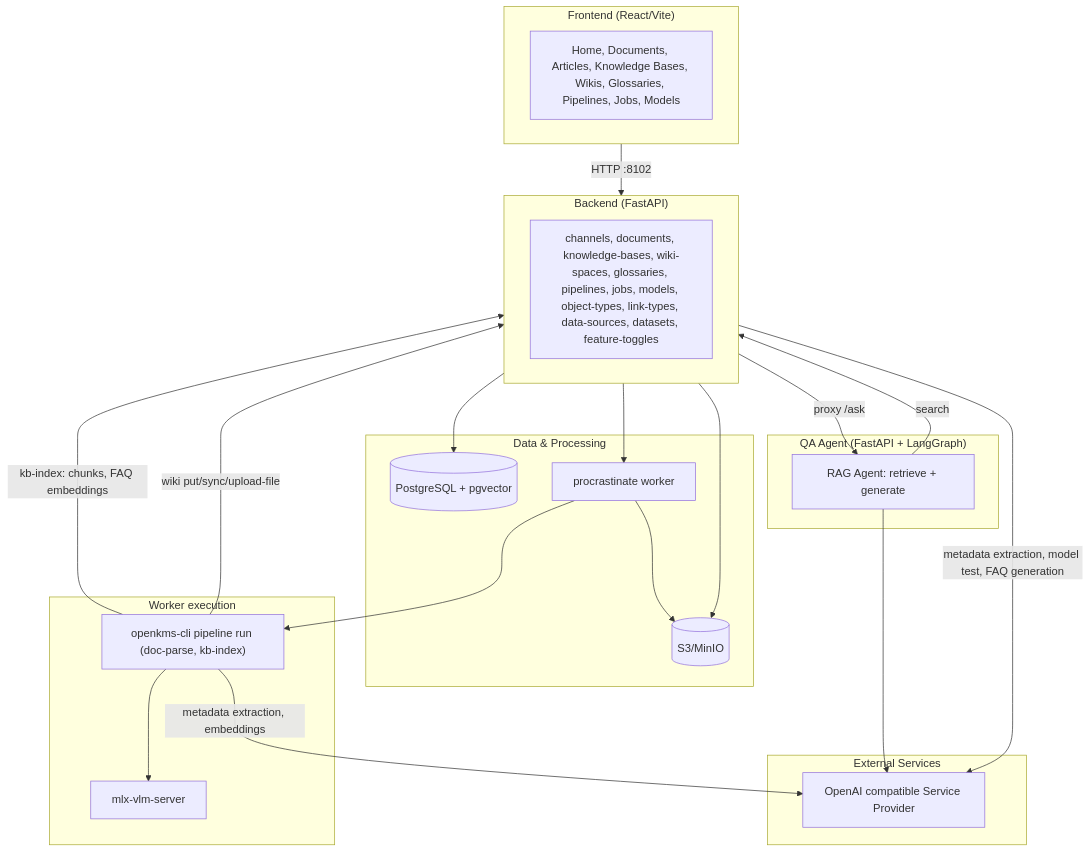
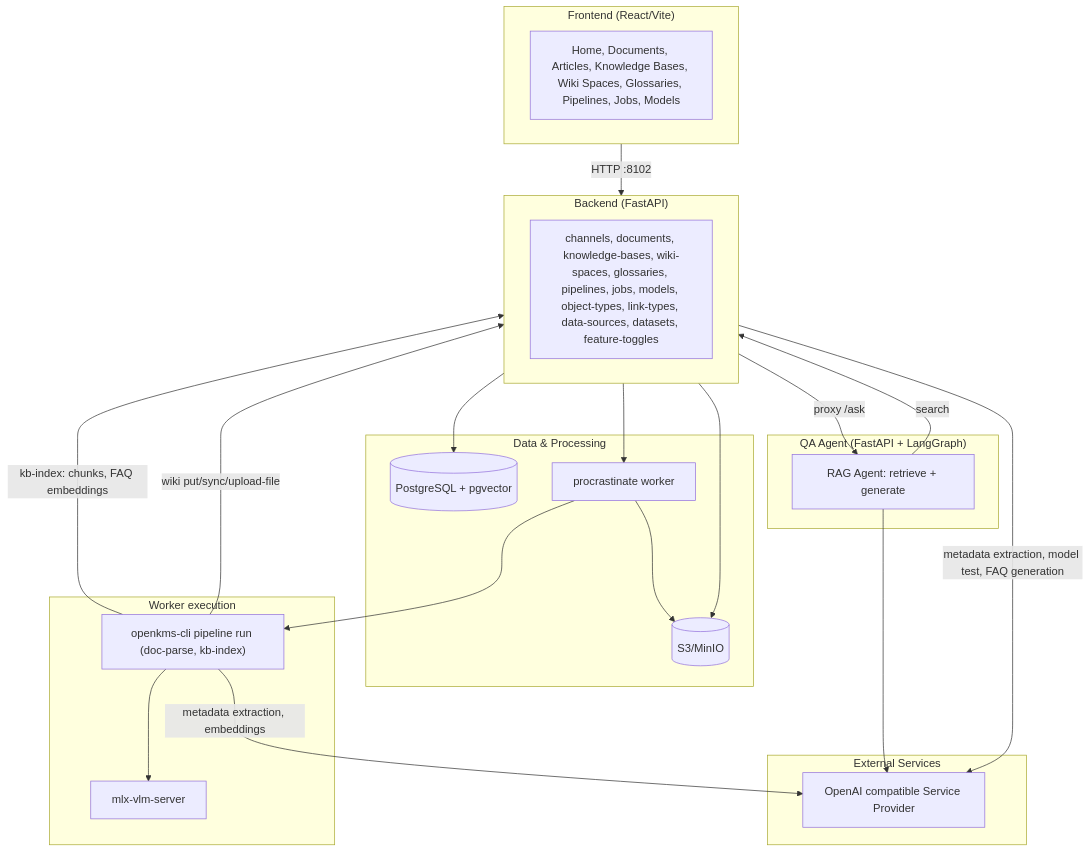
One commit to yingrui/openKMS changed the first of 5 diagrams in docs/architecture.md. Above: the diagram before and after it, drawn with Mermaid. The commit also changed 2 other files, not shown here.

Commit message:
ui(sidebar): Wiki Spaces link above Ontology, label "Wiki Spaces"
Move the wiki nav item before the Ontology section and rename the menu
text from Wikis to Wiki Spaces. Update architecture and functionalities
docs to match.

Made-with: Cursor

````diff
--- a/docs/architecture.md
+++ b/docs/architecture.md
@@ -7,44 +7,44 @@
 ```mermaid
 flowchart TB
   subgraph Frontend["Frontend (React/Vite)"]
-    FE["Home, Documents, Articles, Knowledge Bases, Wikis, Glossaries, Pipelines, Jobs, Models"]
+    FE["Home, Documents, Articles, Knowledge Bases, Wiki Spaces, Glossaries, Pipelines, Jobs, Models"]
   end
 
   subgraph Backend["Backend (FastAPI)"]
     API["channels, documents, knowledge-bases, wiki-spaces, glossaries, pipelines, jobs, models, object-types, link-types, data-sources, datasets, feature-toggles"]
   end
 
   subgraph Storage["Data & Processing"]
     PG[("PostgreSQL + pgvector")]
     S3[(S3/MinIO)]
     Worker["procrastinate worker"]
   end
 
   subgraph WorkerDetail["Worker execution"]
     CLI["openkms-cli pipeline run (doc-parse, kb-index)"]
     VLM["mlx-vlm-server"]
   end
 
   subgraph QAAgent["QA Agent (FastAPI + LangGraph)"]
     Agent["RAG Agent: retrieve + generate"]
   end
 
   subgraph External["External Services"]
     LLM["OpenAI compatible Service Provider"]
   end
 
   Frontend -->|HTTP :8102| Backend
   Backend --> PG
   Backend --> S3
   Backend --> Worker
   Backend -->|metadata extraction, model test, FAQ generation| LLM
   Backend -->|proxy /ask| Agent
   Agent -->|search| Backend
   Agent --> LLM
   Worker --> S3
   Worker --> CLI
   CLI --> VLM
   CLI -->|metadata extraction, embeddings| LLM
   CLI -->|kb-index: chunks, FAQ embeddings| Backend
   CLI -->|wiki put/sync/upload-file| Backend
 ```
````
